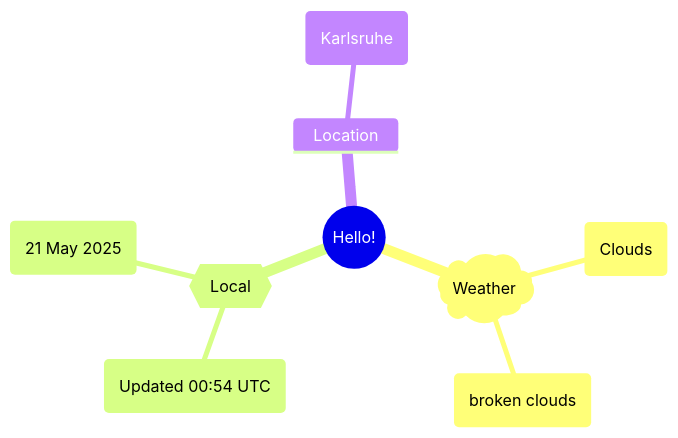
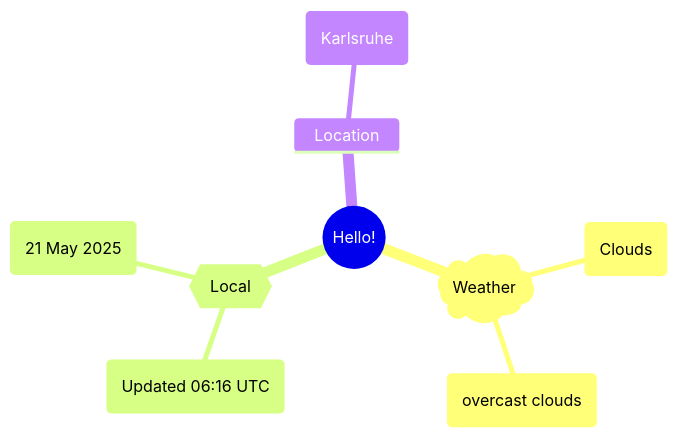
The first of 2 diagrams in README.md (Xosrov/Xosrov), drawn with Mermaid before and after one commit.

Commit message:
[bot] updated images

````diff
--- a/README.md
+++ b/README.md
@@ -3,12 +3,12 @@
 ```mermaid
 mindmap
   root((Hello!))
     )Weather(
         (Clouds)
-        (broken clouds)
+        (overcast clouds)
     {{Local}}
-        (Updated 00:54 UTC)
+        (Updated 06:16 UTC)
         (21 May 2025)
     Location
         (Karlsruhe)
 ```
````
